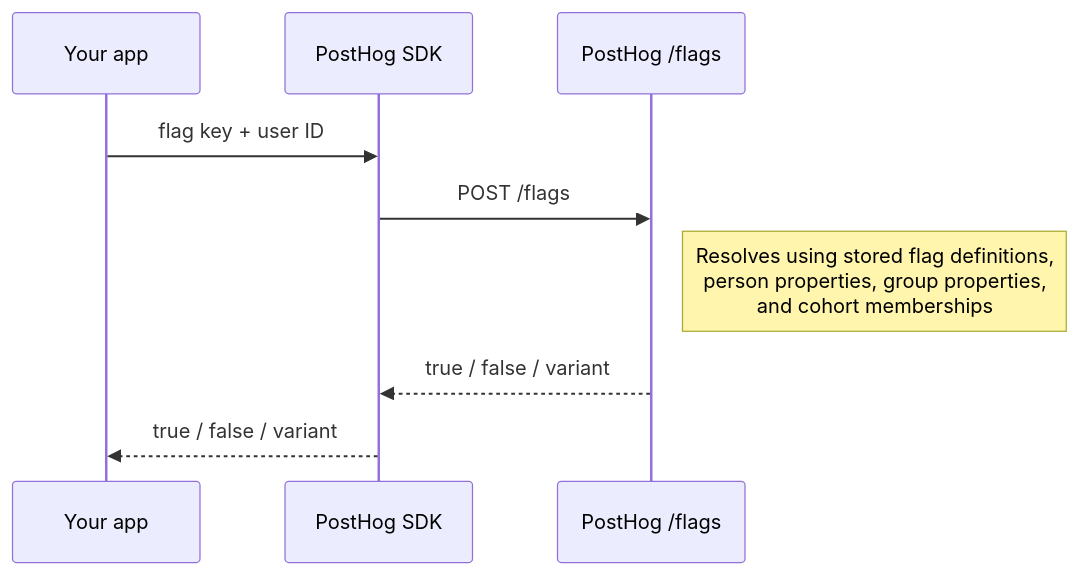
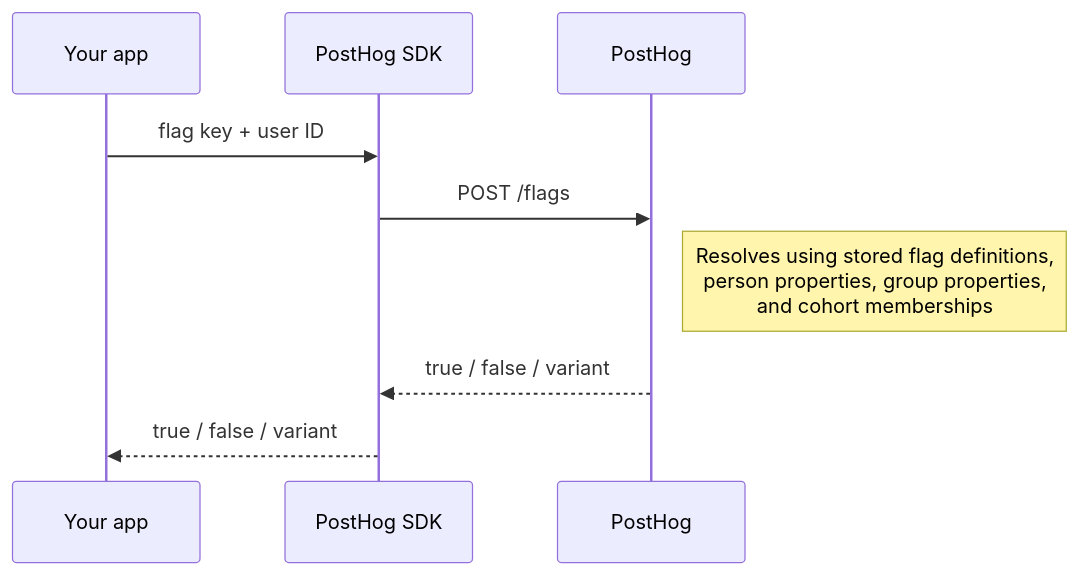
One commit to PostHog/posthog.com changed the first of 2 diagrams in contents/docs/feature-flags/local-evaluation/index.mdx. Above: the diagram before and after it, drawn with Mermaid. The commit also changed other lines of this file, not shown here.

````diff
--- a/contents/docs/feature-flags/local-evaluation/index.mdx
+++ b/contents/docs/feature-flags/local-evaluation/index.mdx
@@ -25,11 +25,11 @@
 ```mermaid
 sequenceDiagram
     participant App as Your app
     participant SDK as PostHog SDK
-    participant PH as PostHog /flags
+    participant PH as PostHog
     App->>SDK: flag key + user ID
     SDK->>PH: POST /flags
     Note right of PH: Resolves using stored flag definitions,<br/>person properties, group properties,<br/>and cohort memberships
     PH-->>SDK: true / false / variant
     SDK-->>App: true / false / variant
 ```
````
